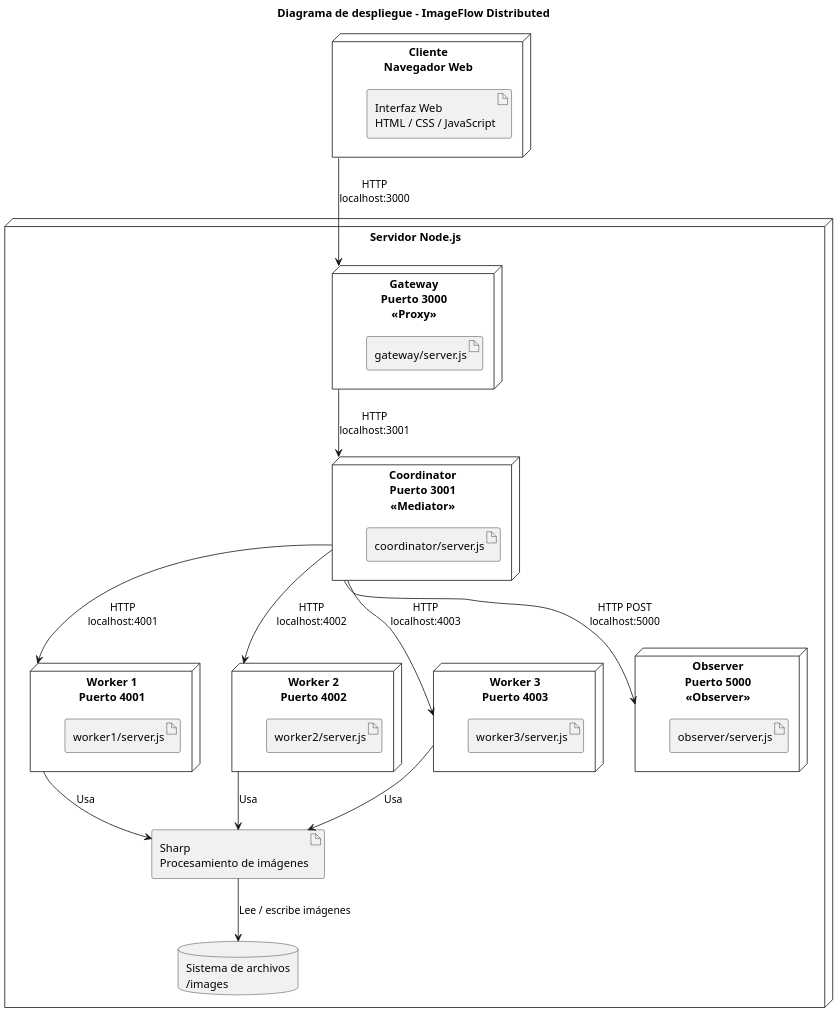
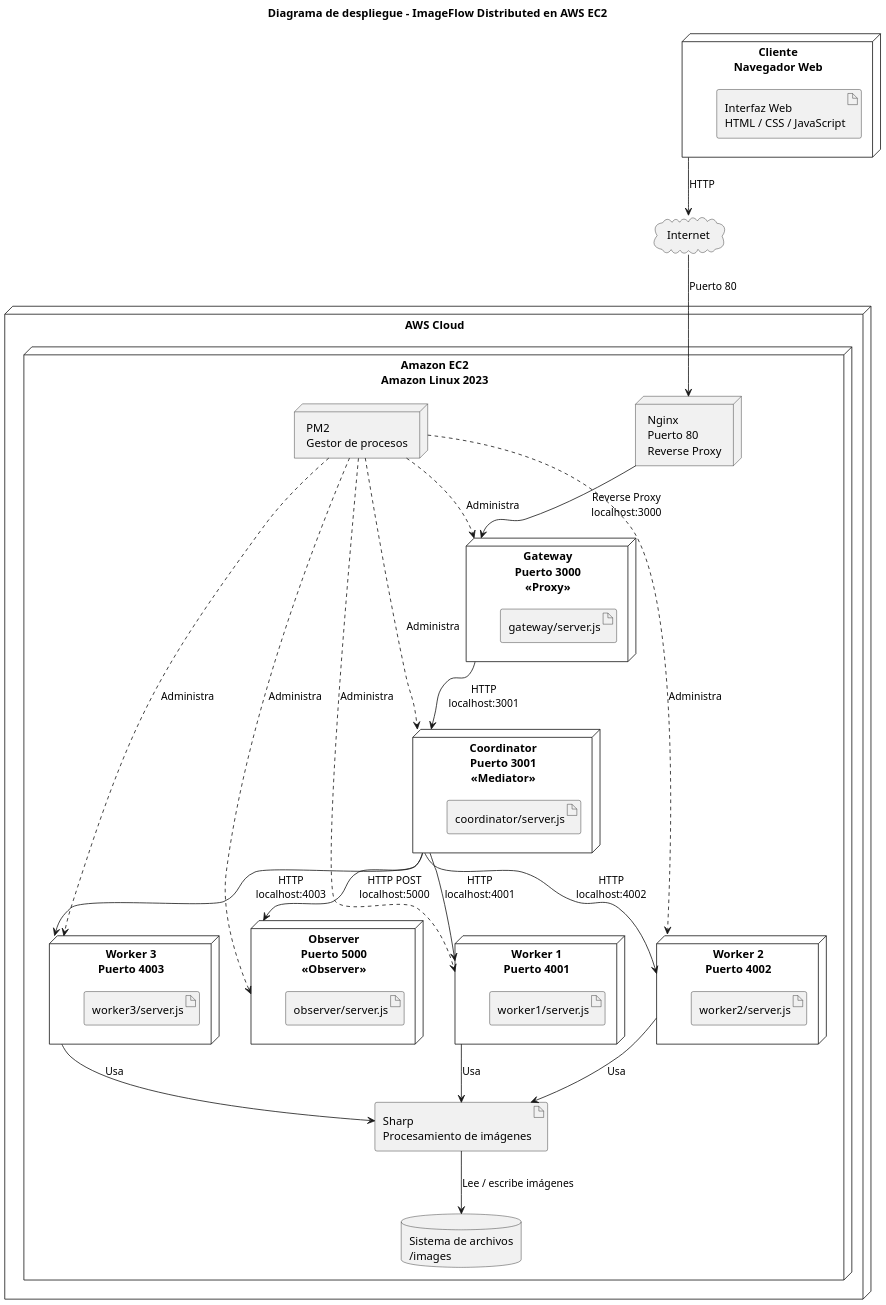
Before and after one commit to impulsomyt-lgtm/ImageFlow-Distributed: the diagram in docs/uml/diagrama-despliegue.puml, drawn with PlantUML. The commit also changed 1 other file, not shown here.

Commit message:
Update deployment diagram for AWS EC2

```diff
--- a/docs/uml/diagrama-despliegue.puml
+++ b/docs/uml/diagrama-despliegue.puml
@@ -1,55 +1,78 @@
 @startuml
 
-title Diagrama de despliegue - ImageFlow Distributed
+title Diagrama de despliegue - ImageFlow Distributed en AWS EC2
 
 skinparam shadowing false
 skinparam dpi 150
 
 node "Cliente\nNavegador Web" as Cliente {
   artifact "Interfaz Web\nHTML / CSS / JavaScript" as UI
 }
 
-node "Servidor Node.js" as Servidor {
+cloud "Internet" as Internet
 
-  node "Gateway\nPuerto 3000\n<<Proxy>>" as Gateway {
-    artifact "gateway/server.js" as GWFile
+node "AWS Cloud" {
+
+  node "Amazon EC2\nAmazon Linux 2023" as EC2 {
+
+    node "Nginx\nPuerto 80\nReverse Proxy" as Nginx
+
+    node "PM2\nGestor de procesos" as PM2
+
+    node "Gateway\nPuerto 3000\n<<Proxy>>" as Gateway {
+      artifact "gateway/server.js" as GWFile
+    }
+
+    node "Coordinator\nPuerto 3001\n<<Mediator>>" as Coordinator {
+      artifact "coordinator/server.js" as CoordFile
+    }
+
+    node "Worker 1\nPuerto 4001" as Worker1 {
+      artifact "worker1/server.js" as W1File
+    }
+
+    node "Worker 2\nPuerto 4002" as Worker2 {
+      artifact "worker2/server.js" as W2File
+    }
+
+    node "Worker 3\nPuerto 4003" as Worker3 {
+      artifact "worker3/server.js" as W3File
+    }
+
+    node "Observer\nPuerto 5000\n<<Observer>>" as Observer {
+      artifact "observer/server.js" as ObsFile
+    }
+
+    artifact "Sharp\nProcesamiento de imágenes" as Sharp
+
+    database "Sistema de archivos\n/images" as Images
   }
-
-  node "Coordinator\nPuerto 3001\n<<Mediator>>" as Coordinator {
-    artifact "coordinator/server.js" as CoordFile
-  }
-
-  node "Worker 1\nPuerto 4001" as Worker1 {
-    artifact "worker1/server.js" as W1File
-  }
-
-  node "Worker 2\nPuerto 4002" as Worker2 {
-    artifact "worker2/server.js" as W2File
-  }
-
-  node "Worker 3\nPuerto 4003" as Worker3 {
-    artifact "worker3/server.js" as W3File
-  }
-
-  node "Observer\nPuerto 5000\n<<Observer>>" as Observer {
-    artifact "observer/server.js" as ObsFile
-  }
-
-  database "Sistema de archivos\n/images" as Images
-  artifact "Sharp\nProcesamiento de imágenes" as Sharp
 }
 
-Cliente --> Gateway : HTTP\nlocalhost:3000
+Cliente --> Internet : HTTP
+Internet --> Nginx : Puerto 80
+
+Nginx --> Gateway : Reverse Proxy\nlocalhost:3000
+
 Gateway --> Coordinator : HTTP\nlocalhost:3001
+
 Coordinator --> Worker1 : HTTP\nlocalhost:4001
 Coordinator --> Worker2 : HTTP\nlocalhost:4002
 Coordinator --> Worker3 : HTTP\nlocalhost:4003
+
 Coordinator --> Observer : HTTP POST\nlocalhost:5000
 
 Worker1 --> Sharp : Usa
 Worker2 --> Sharp : Usa
 Worker3 --> Sharp : Usa
 
 Sharp --> Images : Lee / escribe imágenes
 
+PM2 ..> Gateway : Administra
+PM2 ..> Coordinator : Administra
+PM2 ..> Worker1 : Administra
+PM2 ..> Worker2 : Administra
+PM2 ..> Worker3 : Administra
+PM2 ..> Observer : Administra
+
 @enduml
```
